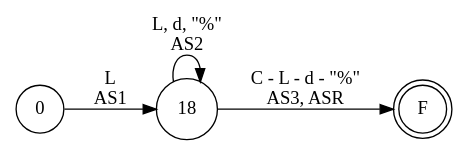
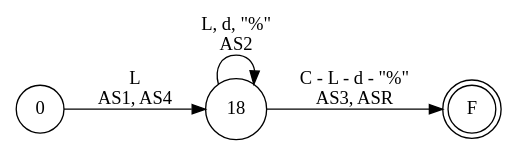
The diagram in resources/FA/FADiagrams/identifier.dot (iroumec/RouVel-Compiler), drawn with Graphviz before and after one commit. The commit also changed 12 other files, not shown here.

```diff
--- a/resources/FA/FADiagrams/identifier.dot
+++ b/resources/FA/FADiagrams/identifier.dot
@@ -1,9 +1,9 @@
 digraph DFA {
     rankdir = LR;
     node [shape = circle;];
     F [shape = doublecircle;];
     
-    0 -> 18 [label = "L \n AS1";];
+    0 -> 18 [label = "L \n AS1, AS4";];
     18 -> 18 [label = "L, d, \"%\"\nAS2";];
     18 -> F [label = "C - L - d - \"%\"\nAS3, ASR";];
 }
```
